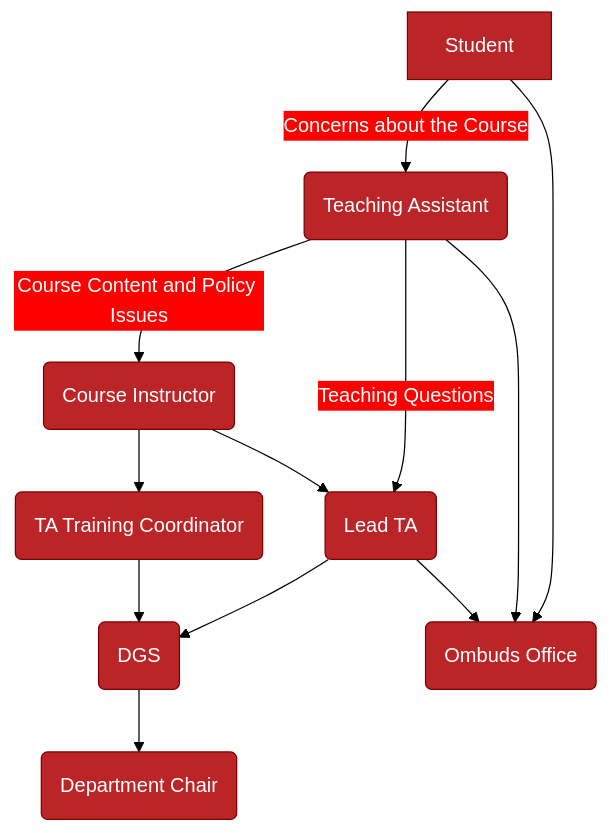
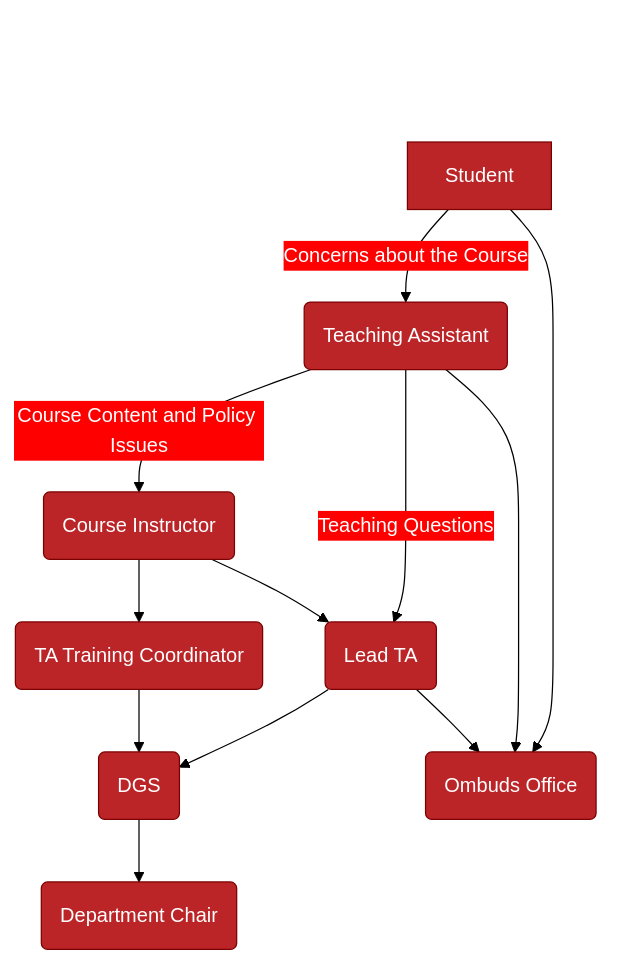
Before and after one commit to pstat-ta-handbook/pstat_ta_handbook.github.io: the diagram in Part_5_Issues/TA_Instructor_Conflicts.qmd, drawn with Mermaid. The commit also changed 37 other files, not shown here.

Commit message:
Add Makeshift Title to Diagram

````diff
--- a/Part_5_Issues/TA_Instructor_Conflicts.qmd
+++ b/Part_5_Issues/TA_Instructor_Conflicts.qmd
@@ -11,27 +11,33 @@
 ```{mermaid concerns, fig.cap="Caption"}
 %%{
   init: {
     'theme': 'base',
     'themeVariables': {
       'primaryColor': '#BB2528',
       'primaryTextColor': '#fff',
       'primaryBorderColor': '#7C0000',
       'secondaryColor': 'red',
       'tertiaryColor': '#fff',
       'edgeLabelBackground': 'red'
-    }
+    },
+    'title': 'Node with text'
   }
 }%%
 
 flowchart TD
     linkStyle default stroke: black;
+    
+    title[Figure 1: My Title Here]
+    title --- AA
+    style title fill:#FFF,stroke:#FFF
+    linkStyle 0 stroke:#FFF,stroke-width:0;
     
     AA[Student] -->|Concerns about the Course|A(Teaching Assistant)
     A -->|Course Content and Policy Issues|B(Course Instructor)
     B --> C(TA Training Coordinator)
     B --> D(Lead TA)
     A -->|Teaching Questions|D
     C & D --> E(DGS) 
     E --> F(Department Chair)
     AA & A & D --> G(Ombuds Office)
 ```
````
